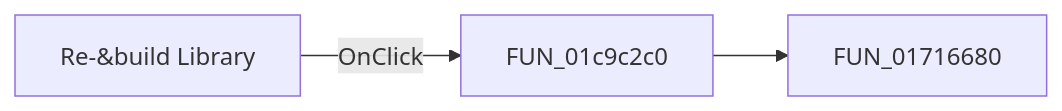
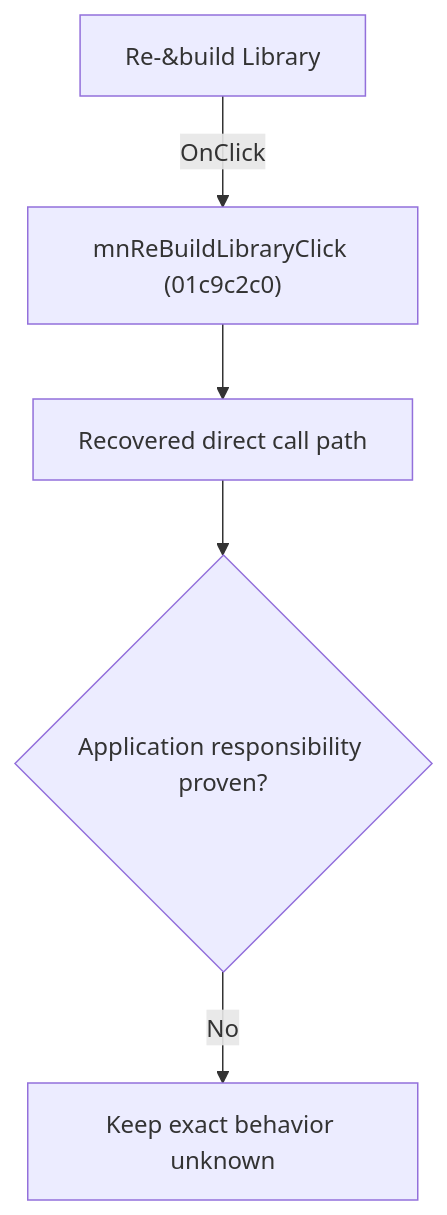
One commit to MovGP0/TIARA changed the diagram in docs/ui-controls/schematiceditor/mnrebuildlibrary-15a63a9976.md. Above: the diagram before and after it, drawn with Mermaid. The commit also changed other lines of this file and 1062 other files, not shown here.

````diff
--- a/docs/ui-controls/schematiceditor/mnrebuildlibrary-15a63a9976.md
+++ b/docs/ui-controls/schematiceditor/mnrebuildlibrary-15a63a9976.md
@@ -27,5 +27,7 @@
 ```mermaid
-flowchart LR
-    control["Re-&build Library"] -->|OnClick| handler["FUN_01c9c2c0"]
-    handler --> call1["FUN_01716680"]
+flowchart TD
+    control["Re-&build Library"] -->|"OnClick"| handler["mnReBuildLibraryClick (01c9c2c0)"]
+    handler --> recovered["Recovered direct call path"]
+    recovered --> gap{"Application responsibility proven?"}
+    gap -->|"No"| blocked["Keep exact behavior unknown"]
 ```
````
